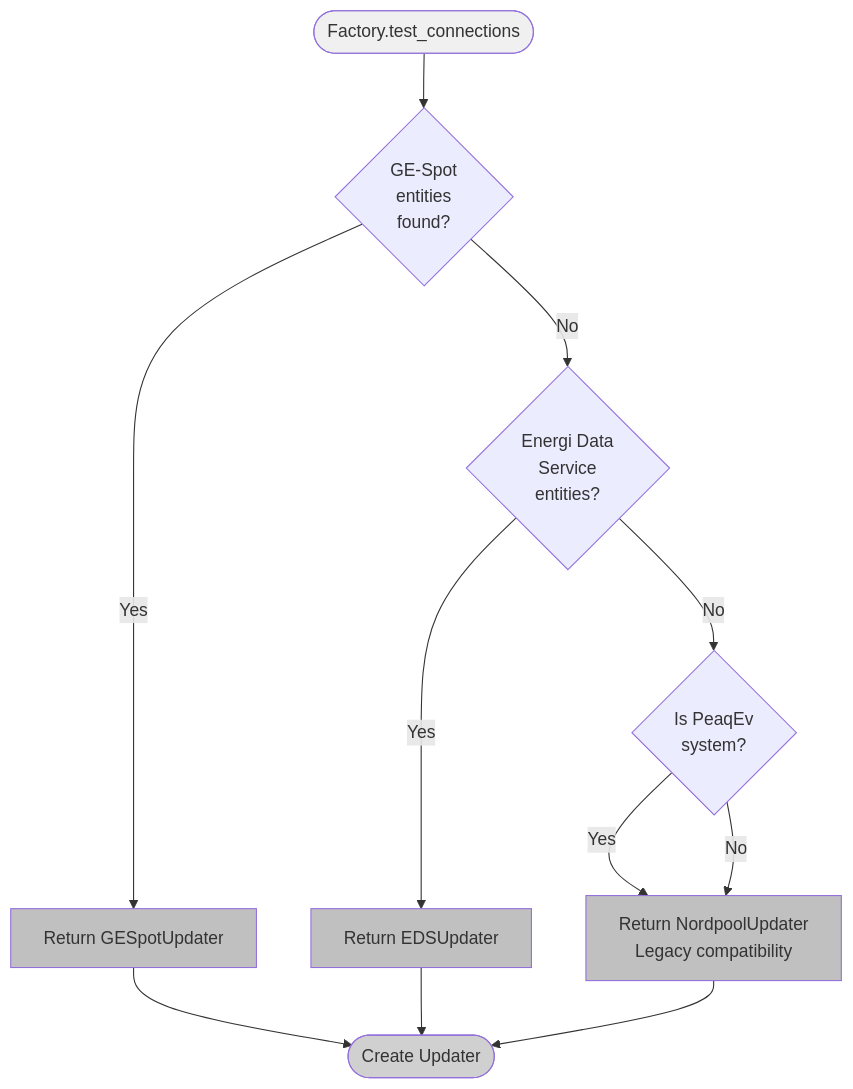
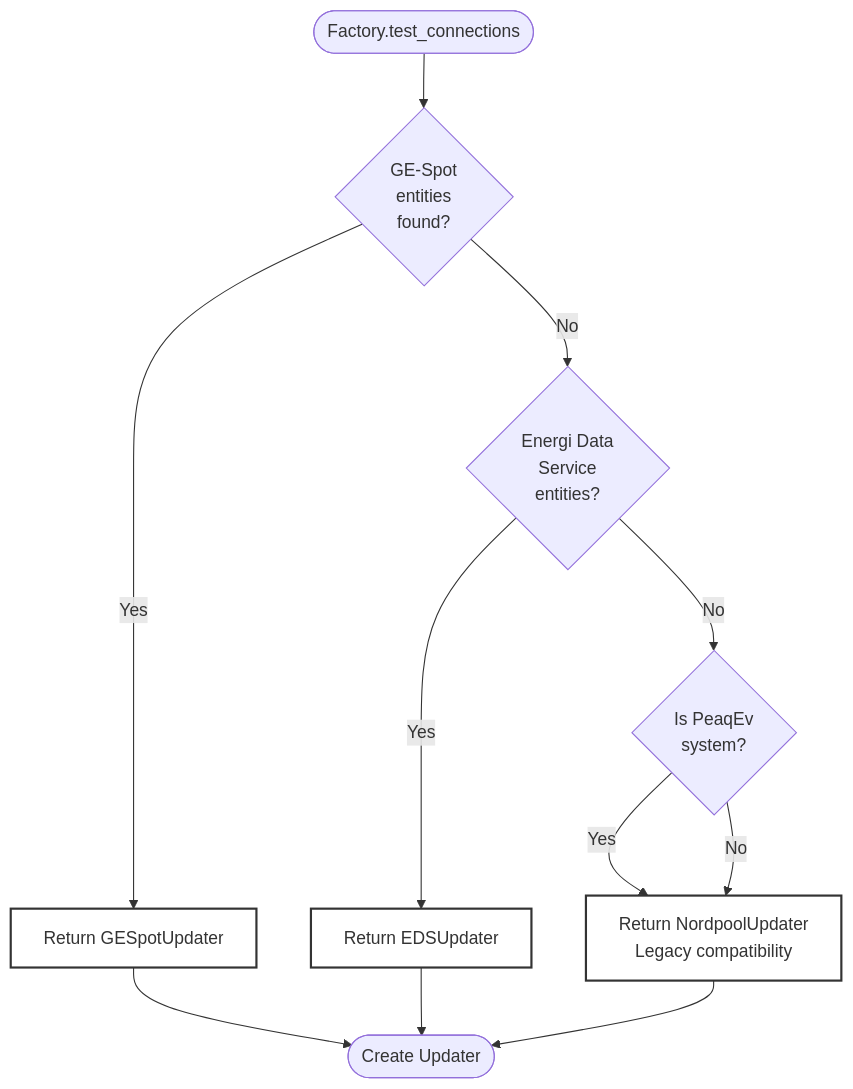
One commit to elden1337/peaqev-core changed the second of 4 diagrams in docs/ARCHITECTURE.md. Above: the diagram before and after it, drawn with Mermaid. The commit also changed other lines of this file and 2 other files, not shown here.

Commit message:
docs: Improve Mermaid diagram contrast and readability
- Remove background fills from most boxes
- Use white backgrounds with bold black borders for key components
- Highlight only critical elements (Factory, Model)
- Significantly improves text readability
- Better contrast on all backgrounds

````diff
--- a/docs/ARCHITECTURE.md
+++ b/docs/ARCHITECTURE.md
@@ -93,20 +90,18 @@
 ```mermaid
 flowchart TD
     Start([Factory.test_connections]) --> CheckGESpot{GE-Spot<br/>entities<br/>found?}
     CheckGESpot -->|Yes| ReturnGESpot[Return GESpotUpdater]
     CheckGESpot -->|No| CheckEDS{Energi Data<br/>Service<br/>entities?}
     CheckEDS -->|Yes| ReturnEDS[Return EDSUpdater]
     CheckEDS -->|No| CheckPeaqEv{Is PeaqEv<br/>system?}
     CheckPeaqEv -->|Yes| ReturnNordpool[Return NordpoolUpdater<br/>Legacy compatibility]
     CheckPeaqEv -->|No| ReturnNordpool
     
     ReturnGESpot --> End([Create Updater])
     ReturnEDS --> End
     ReturnNordpool --> End
     
-    style Start fill:#f0f0f0
-    style End fill:#d0d0d0
-    style ReturnGESpot fill:#c0c0c0
-    style ReturnEDS fill:#c0c0c0
-    style ReturnNordpool fill:#c0c0c0
+    style ReturnGESpot fill:#fff,stroke:#333,stroke-width:2px
+    style ReturnEDS fill:#fff,stroke:#333,stroke-width:2px
+    style ReturnNordpool fill:#fff,stroke:#333,stroke-width:2px
 ```
````
